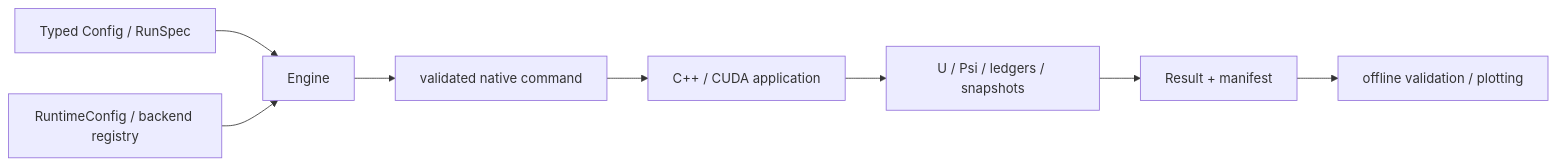
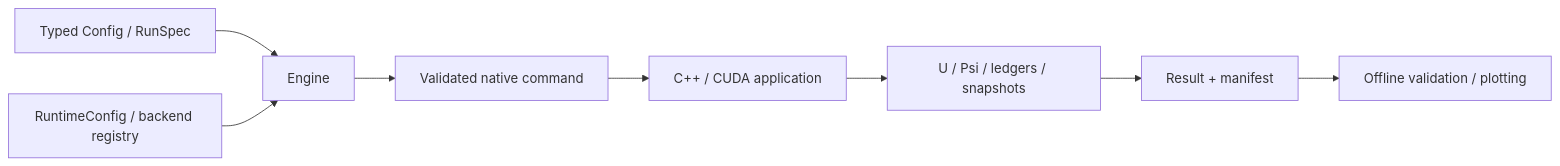
The diagram in docs/architecture.md (Minamium/PyHMD), drawn with Mermaid before and after one commit. The commit also changed other lines of this file and 27 other files, not shown here.

````diff
--- a/docs/architecture.md
+++ b/docs/architecture.md
@@ -3,10 +5,10 @@
 ```mermaid
 flowchart LR
   Config[Typed Config / RunSpec] --> Engine
   Runtime[RuntimeConfig / backend registry] --> Engine
-  Engine --> Plan[validated native command]
+  Engine --> Plan[Validated native command]
   Plan --> Native[C++ / CUDA application]
   Native --> Artifacts[U / Psi / ledgers / snapshots]
   Artifacts --> Result[Result + manifest]
-  Result --> Offline[offline validation / plotting]
+  Result --> Offline[Offline validation / plotting]
 ```
````
